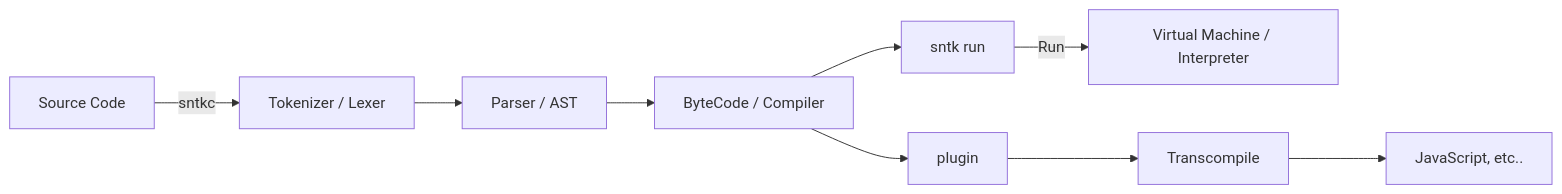
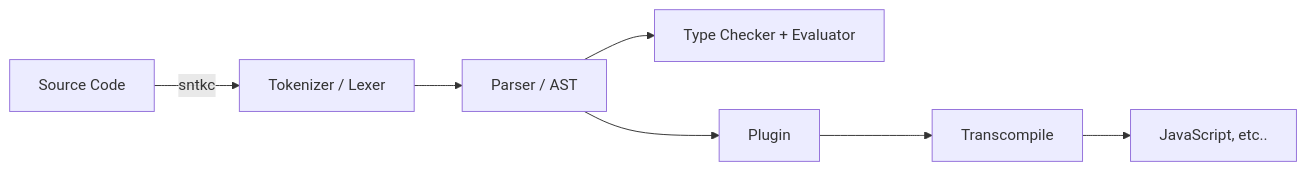
One commit to siglang/signature changed the diagram in README.md. Above: the diagram before and after it, drawn with Mermaid. The commit also changed other lines of this file, not shown here.

````diff
--- a/README.md
+++ b/README.md
@@ -50,11 +47,9 @@
 ```mermaid
 graph LR
     _[Source Code] --> |sntkc| Lexer
     Lexer[Tokenizer / Lexer] --> Parser[Parser / AST]
-    Parser --> Compiler[ByteCode / Compiler]
-    Compiler --> Run[sntk run]
-    Run --> |Run| VM[Virtual Machine / Interpreter]
-    Compiler --> Plugin[plugin]
+    Parser --> Evaluator[Type Checker + Evaluator]
+    Parser --> Plugin[Plugin]
     Plugin --> Transcompile[Transcompile]
     Transcompile --> TResult[JavaScript, etc..]
 ```
````
